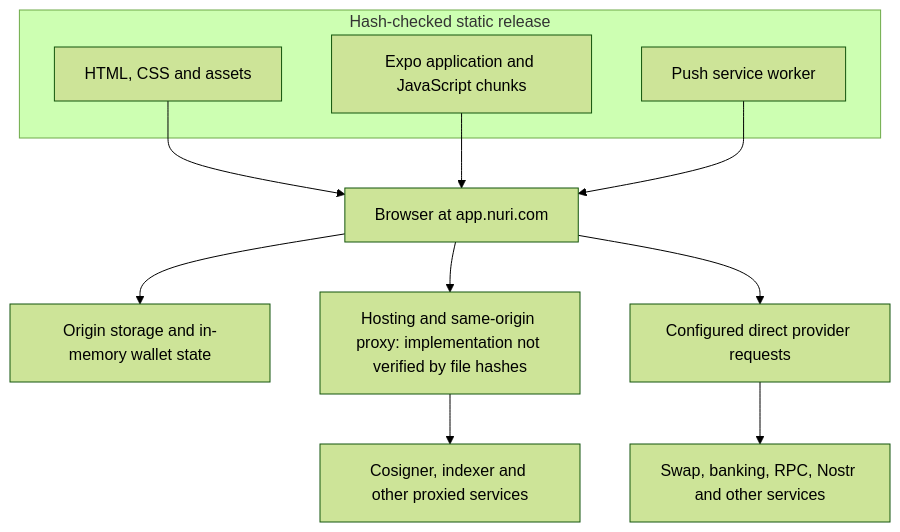
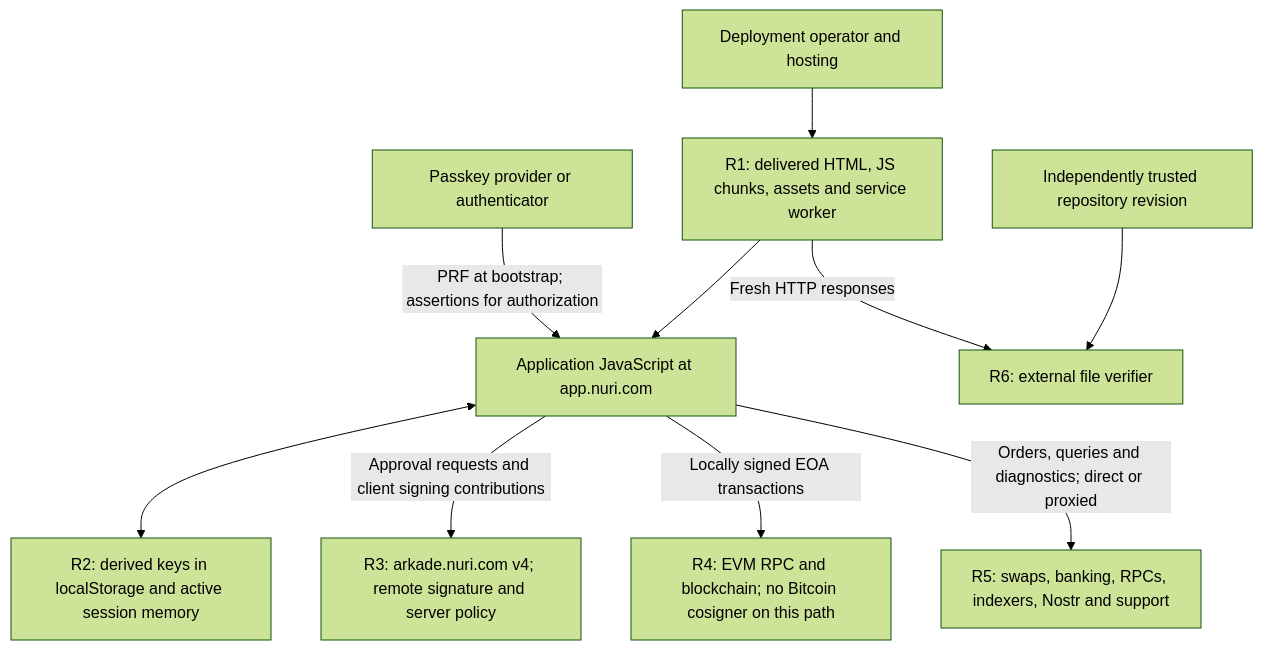
Before and after one commit to nuri-com/nuri-wallet: the third of 5 diagrams in README.md, drawn with Mermaid (forest theme). The commit also changed other lines of this file, not shown here.

First line of the commit message:
docs: distinguish intended key storage from publication risks

````diff
--- a/README.md
+++ b/README.md
@@ -232,16 +234,12 @@
 ```mermaid
 flowchart TB
-    subgraph Delivered["Hash-checked static release"]
-        H["HTML, CSS and assets"]
-        J["Expo application and JavaScript chunks"]
-        SW["Push service worker"]
-    end
-    H --> Browser["Browser at app.nuri.com"]
-    J --> Browser
-    SW --> Browser
-    Browser --> Storage["Origin storage and in-memory wallet state"]
-    Browser --> Edge["Hosting and same-origin proxy: implementation not verified by file hashes"]
-    Browser --> Providers["Configured direct provider requests"]
-    Edge --> Backends["Cosigner, indexer and other proxied services"]
-    Providers --> Services["Swap, banking, RPC, Nostr and other services"]
+    Operator["Deployment operator and hosting"] --> Release["R1: delivered HTML, JS chunks, assets and service worker"]
+    Release --> Browser["Application JavaScript at app.nuri.com"]
+    Authenticator["Passkey provider or authenticator"] -->|"PRF at bootstrap; assertions for authorization"| Browser
+    Browser <--> Storage["R2: derived keys in localStorage and active session memory"]
+    Browser -->|"Approval requests and client signing contributions"| Cosigner["R3: arkade.nuri.com v4; remote signature and server policy"]
+    Browser -->|"Locally signed EOA transactions"| EVM["R4: EVM RPC and blockchain; no Bitcoin cosigner on this path"]
+    Browser -->|"Orders, queries and diagnostics; direct or proxied"| Services["R5: swaps, banking, RPCs, indexers, Nostr and support"]
+    Reference["Independently trusted repository revision"] --> Checker["R6: external file verifier"]
+    Release -->|"Fresh HTTP responses"| Checker
 ```
````
